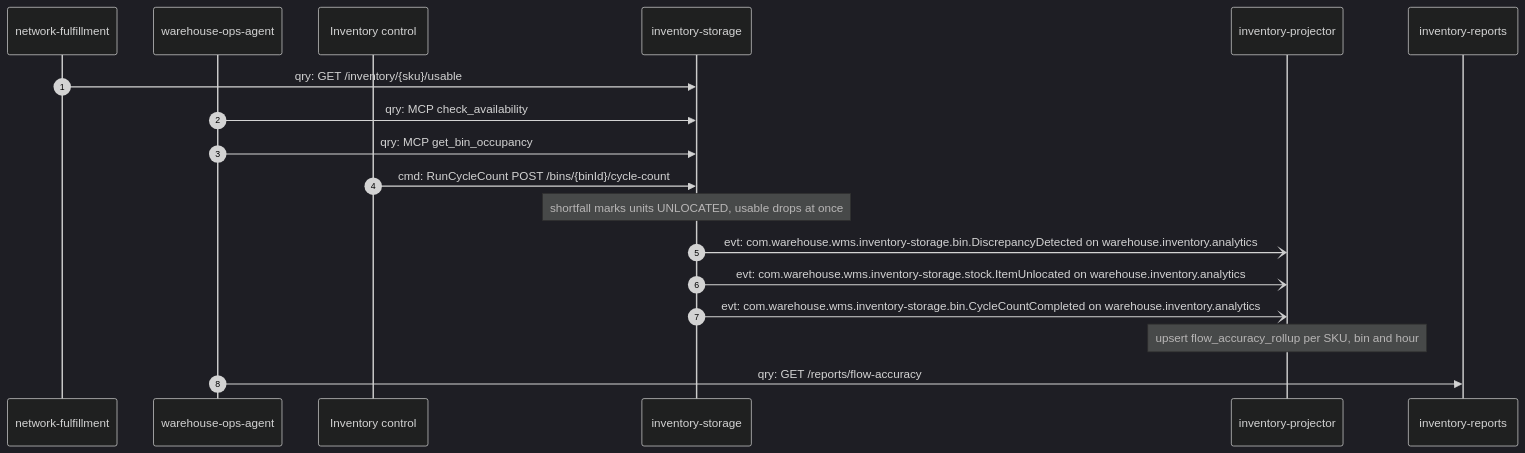
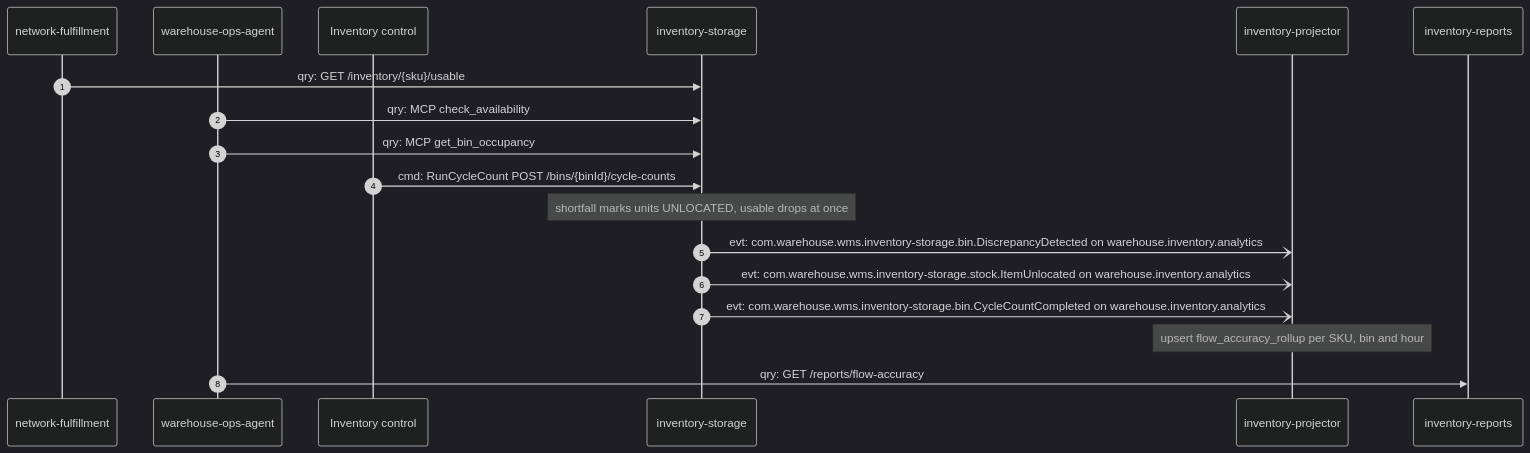
The fourth of 5 diagrams in docs/docs/ddd/domain-message-flow.md (IQVO/inventory-storage), drawn with Mermaid (dark theme) before and after one commit. The commit also changed other lines of this file and 34 other files, not shown here.

````diff
--- a/docs/docs/ddd/domain-message-flow.md
+++ b/docs/docs/ddd/domain-message-flow.md
@@ -124,20 +124,20 @@
 ```mermaid
 sequenceDiagram
     autonumber
     participant NF as network-fulfillment
     participant OA as warehouse-ops-agent
     participant IC as Inventory control
     participant INV as inventory-storage
     participant PJ as inventory-projector
     participant RP as inventory-reports
     NF->>INV: qry: GET /inventory/{sku}/usable
     OA->>INV: qry: MCP check_availability
     OA->>INV: qry: MCP get_bin_occupancy
-    IC->>INV: cmd: RunCycleCount POST /bins/{binId}/cycle-count
+    IC->>INV: cmd: RunCycleCount POST /bins/{binId}/cycle-counts
     Note over INV: shortfall marks units UNLOCATED, usable drops at once
     INV-)PJ: evt: com.warehouse.wms.inventory-storage.bin.DiscrepancyDetected on warehouse.inventory.analytics
     INV-)PJ: evt: com.warehouse.wms.inventory-storage.stock.ItemUnlocated on warehouse.inventory.analytics
     INV-)PJ: evt: com.warehouse.wms.inventory-storage.bin.CycleCountCompleted on warehouse.inventory.analytics
     Note over PJ: upsert flow_accuracy_rollup per SKU, bin and hour
     OA->>RP: qry: GET /reports/flow-accuracy
 ```
````
